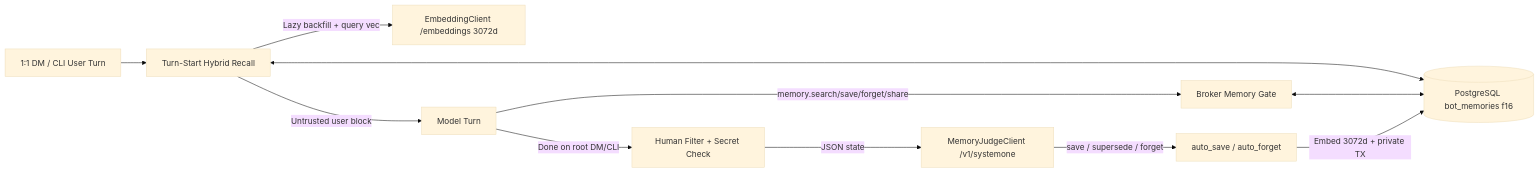
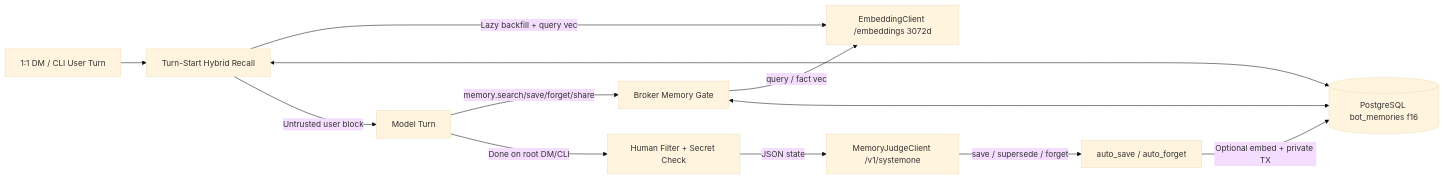
The second of 2 diagrams in docs/architecture.md (lee-lou2/bot-framework), drawn with Mermaid (base theme) before and after one commit. The commit also changed other lines of this file and 93 other files, not shown here.

````diff
--- a/docs/architecture.md
+++ b/docs/architecture.md
@@ -147,13 +150,14 @@
 ```mermaid
 flowchart LR
   U[1:1 DM / CLI User Turn] --> R[Turn-Start Hybrid Recall]
   R -->|Lazy backfill + query vec| E[EmbeddingClient /embeddings 3072d]
   R <--> DB[(PostgreSQL bot_memories f16)]
   R -->|Untrusted user block| M[Model Turn]
   M -->|memory.search/save/forget/share| B[Broker Memory Gate]
+  B -->|query / fact vec| E
   B <--> DB
   M -->|Done on root DM/CLI| F[Human Filter + Secret Check]
   F -->|JSON state| J[MemoryJudgeClient /v1/systemone]
   J -->|save / supersede / forget| A[auto_save / auto_forget]
-  A -->|Embed 3072d + private TX| DB
+  A -->|Optional embed + private TX| DB
 ```
````
